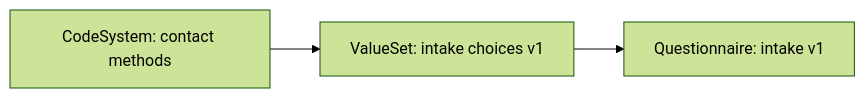
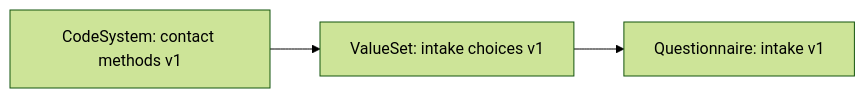
One commit to medplum/medplum changed the second of 2 diagrams in packages/docs/content/docs/deploying-application-configuration.md. Above: the diagram before and after it, drawn with Mermaid (forest theme). The commit also changed other lines of this file and 5 other files, not shown here.

````diff
--- a/packages/docs/content/docs/deploying-application-configuration.md
+++ b/packages/docs/content/docs/deploying-application-configuration.md
@@ -86,5 +86,5 @@
 ```mermaid
 flowchart LR
-  codes["CodeSystem: contact methods"] --> choices["ValueSet: intake choices v1"]
+  codes["CodeSystem: contact methods v1"] --> choices["ValueSet: intake choices v1"]
   choices --> form["Questionnaire: intake v1"]
 ```
````
